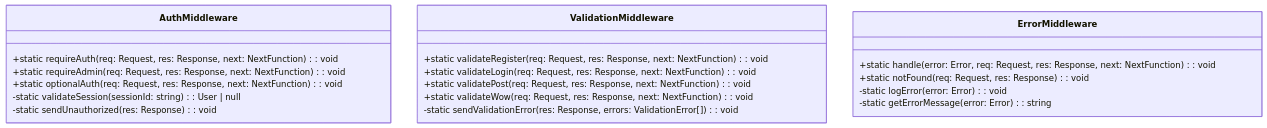
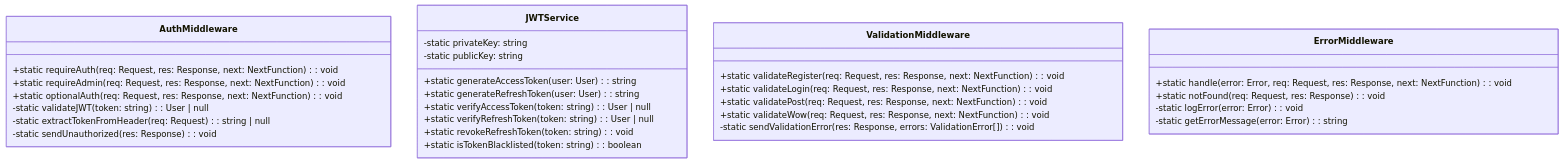
One commit to ayugioh2003/ooad-ai changed the eighth of 11 diagrams in aotter-wow-system/docs/class-diagram.md. Above: the diagram before and after it, drawn with Mermaid. The commit also changed other lines of this file and 3 other files, not shown here.

Commit message:
feat: 更新系統架構與類別圖，新增 JWT 認證與 Token 管理策略，強化安全性設計

````diff
--- a/aotter-wow-system/docs/class-diagram.md
+++ b/aotter-wow-system/docs/class-diagram.md
@@ -488,25 +489,37 @@
 ```mermaid
 classDiagram
     class AuthMiddleware {
         +static requireAuth(req: Request, res: Response, next: NextFunction): void
         +static requireAdmin(req: Request, res: Response, next: NextFunction): void
         +static optionalAuth(req: Request, res: Response, next: NextFunction): void
-        -static validateSession(sessionId: string): User | null
+        -static validateJWT(token: string): User | null
+        -static extractTokenFromHeader(req: Request): string | null
         -static sendUnauthorized(res: Response): void
+    }
+
+    class JWTService {
+        +static generateAccessToken(user: User): string
+        +static generateRefreshToken(user: User): string
+        +static verifyAccessToken(token: string): User | null
+        +static verifyRefreshToken(token: string): User | null
+        +static revokeRefreshToken(token: string): void
+        +static isTokenBlacklisted(token: string): boolean
+        -static privateKey: string
+        -static publicKey: string
     }
 
     class ValidationMiddleware {
         +static validateRegister(req: Request, res: Response, next: NextFunction): void
         +static validateLogin(req: Request, res: Response, next: NextFunction): void
         +static validatePost(req: Request, res: Response, next: NextFunction): void
         +static validateWow(req: Request, res: Response, next: NextFunction): void
         -static sendValidationError(res: Response, errors: ValidationError[]): void
     }
 
     class ErrorMiddleware {
         +static handle(error: Error, req: Request, res: Response, next: NextFunction): void
         +static notFound(req: Request, res: Response): void
         -static logError(error: Error): void
         -static getErrorMessage(error: Error): string
     }
 ```
````
